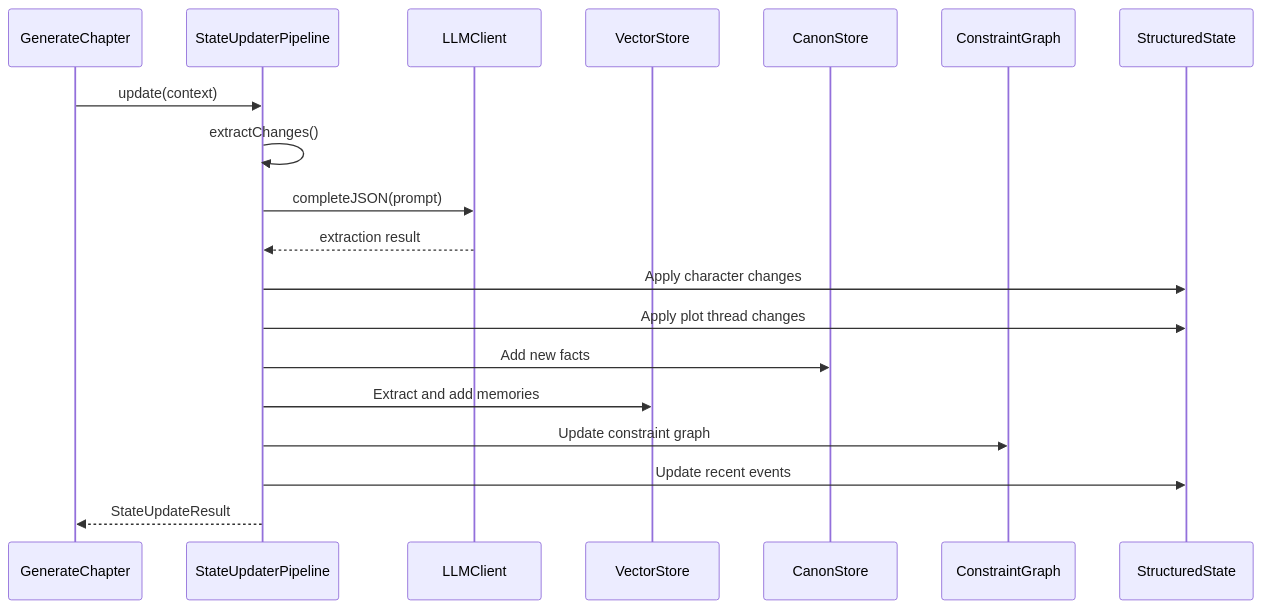
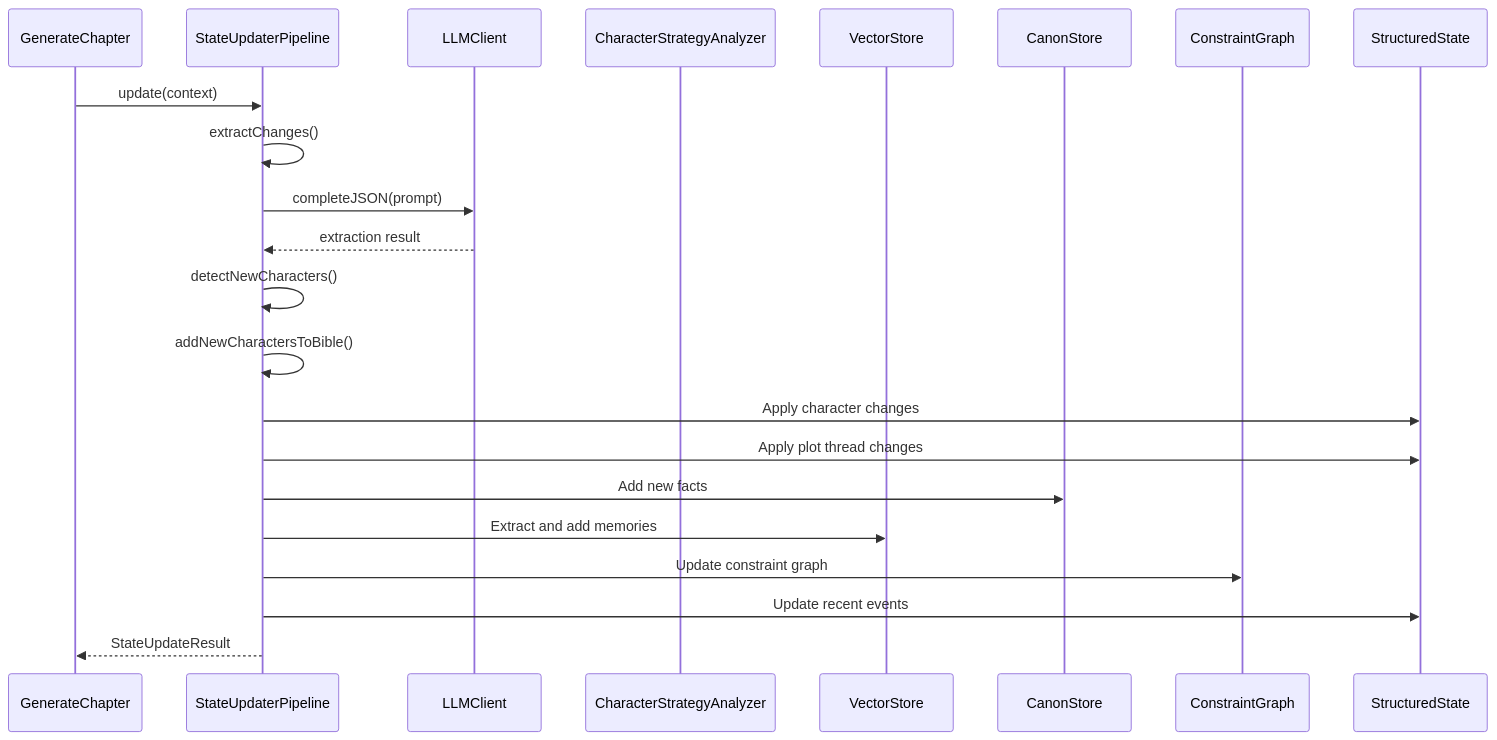
One commit to liwonder/NARRITIVE_OS changed the second of 10 diagrams in .qoder/repowiki/en/content/Memory Management System/StateUpdater Pipeline.md. Above: the diagram before and after it, drawn with Mermaid. The commit also changed other lines of this file and 15 other files, not shown here.

First line of the commit message:
Add CharacterStrategyAnalyzer and pipeline updates

````diff
--- a/.qoder/repowiki/en/content/Memory Management System/StateUpdater Pipeline.md
+++ b/.qoder/repowiki/en/content/Memory Management System/StateUpdater Pipeline.md
@@ -107,21 +127,24 @@
 ```mermaid
 sequenceDiagram
 participant GC as GenerateChapter
 participant SP as StateUpdaterPipeline
 participant LLM as LLMClient
+participant CSA as CharacterStrategyAnalyzer
 participant VS as VectorStore
 participant CS as CanonStore
 participant CG as ConstraintGraph
 participant SS as StructuredState
 GC->>SP : update(context)
 SP->>SP : extractChanges()
 SP->>LLM : completeJSON(prompt)
 LLM-->>SP : extraction result
+SP->>SP : detectNewCharacters()
+SP->>SP : addNewCharactersToBible()
 SP->>SS : Apply character changes
 SP->>SS : Apply plot thread changes
 SP->>CS : Add new facts
 SP->>VS : Extract and add memories
 SP->>CG : Update constraint graph
 SP->>SS : Update recent events
 SP-->>GC : StateUpdateResult
 ```
````
